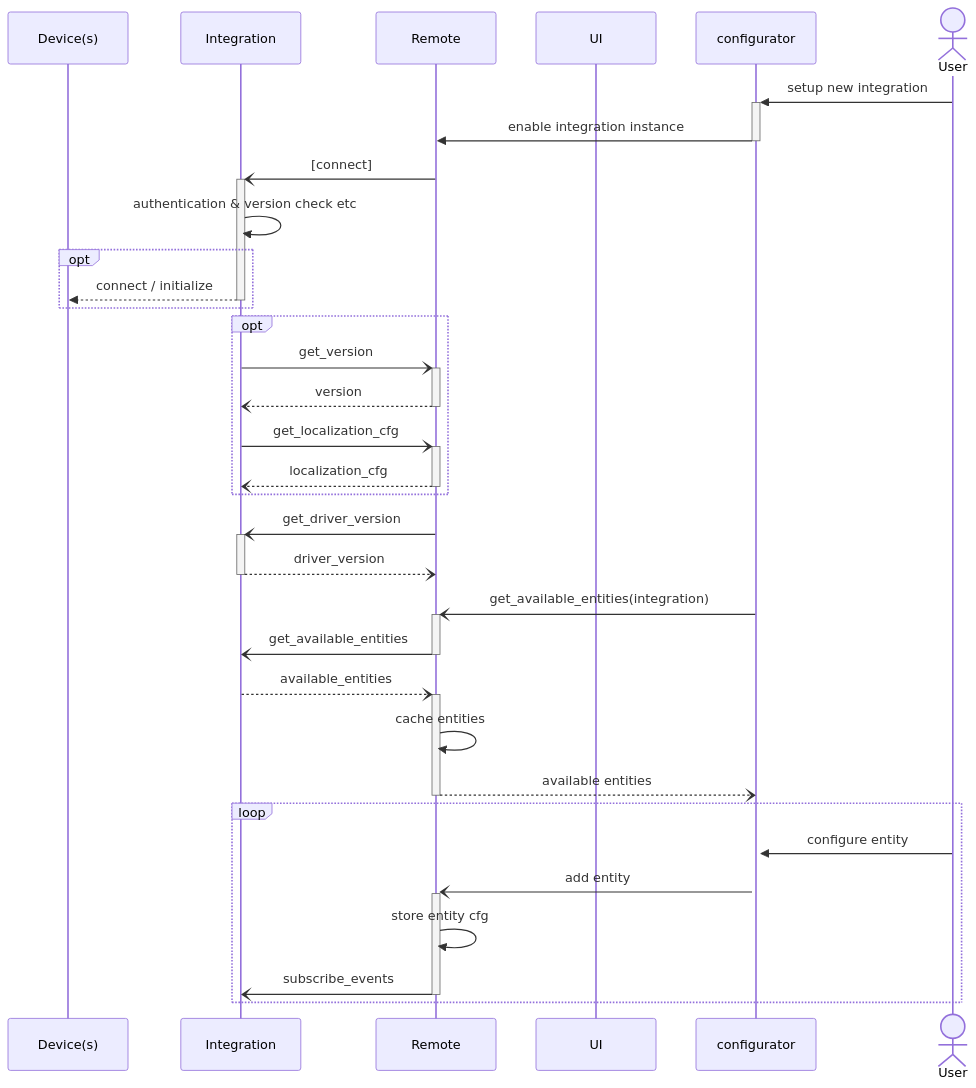
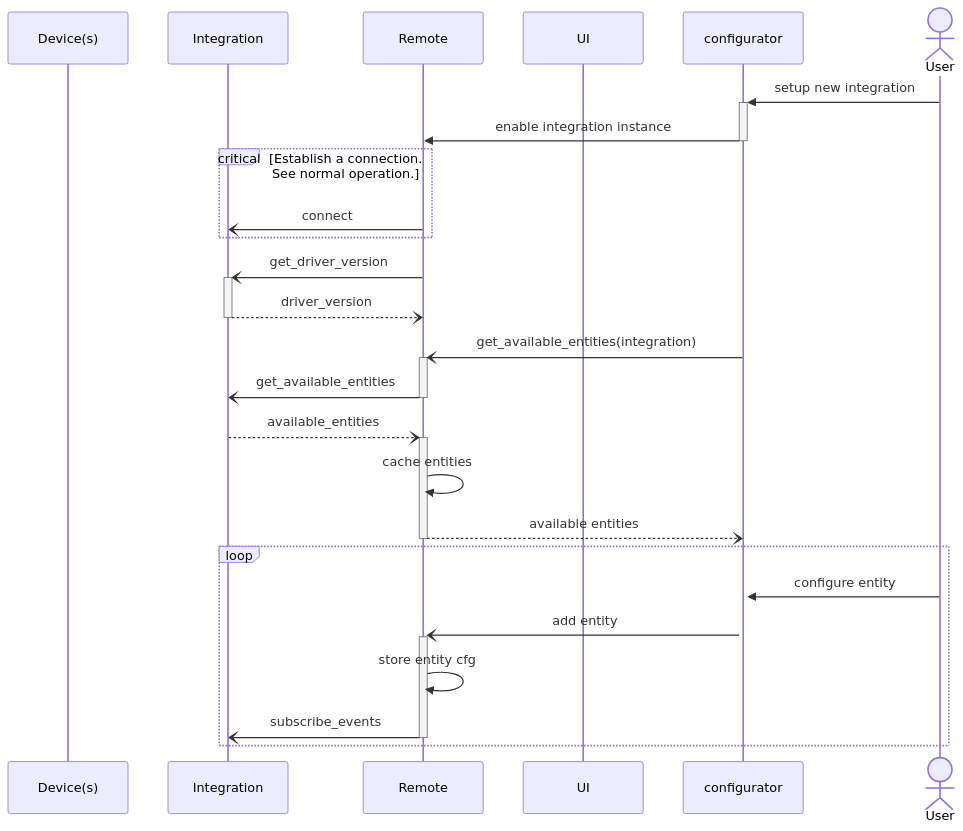
Before and after one commit to unfoldedcircle/core-api: the first of 2 diagrams in doc/integration-driver/write-integration-driver.md, drawn with Mermaid. The commit also changed other lines of this file, not shown here.

Commit message:
docs: improve intg driver sequence diagrams
Clarify connection sequence with authentication and get_entity_states
messages.

````diff
--- a/doc/integration-driver/write-integration-driver.md
+++ b/doc/integration-driver/write-integration-driver.md
@@ -240,42 +240,32 @@
 ```mermaid
 sequenceDiagram
     participant D as Device(s)
     participant I as Integration
     participant R as Remote
     participant U as UI
     participant C as configurator
     actor User
 
     User->>+C: setup new integration
     C->>-R:  enable integration instance
 
-    R-)+I:  [connect] 
-    I->>I:  authentication & version check etc
-    opt
-        I-->>-D:  connect / initialize
+    critical Establish a connection. See normal operation.
+        R-)I: connect
     end
 
-    opt
-        I-)+R:  get_version
-        R--)-I: version
-
-        I-)+R:  get_localization_cfg
-        R--)-I: localization_cfg
-    end
-    
     R-)+I:   get_driver_version
     I--)-R:  driver_version
     
     C-)+R:   get_available_entities(integration)
     R-)-I:   get_available_entities
     I--)+R:  available_entities 
     R->>R:   cache entities
     R--)-C:  available entities
 
     loop
         User->>+C: configure entity 
         C-)+R:   add entity
         R->>R:   store entity cfg
         R-)-I:   subscribe_events
     end
 ```
````
